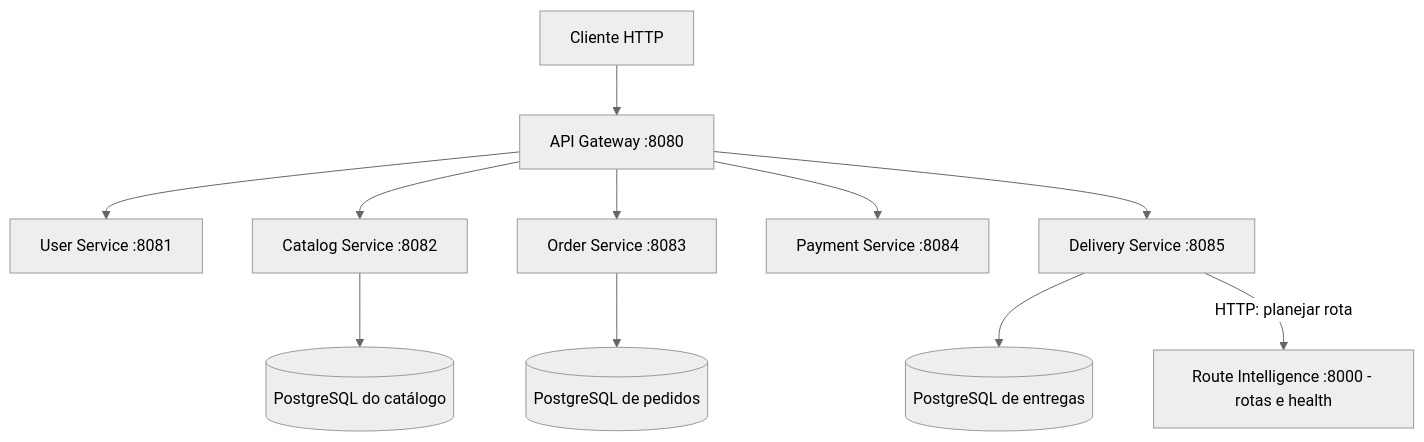
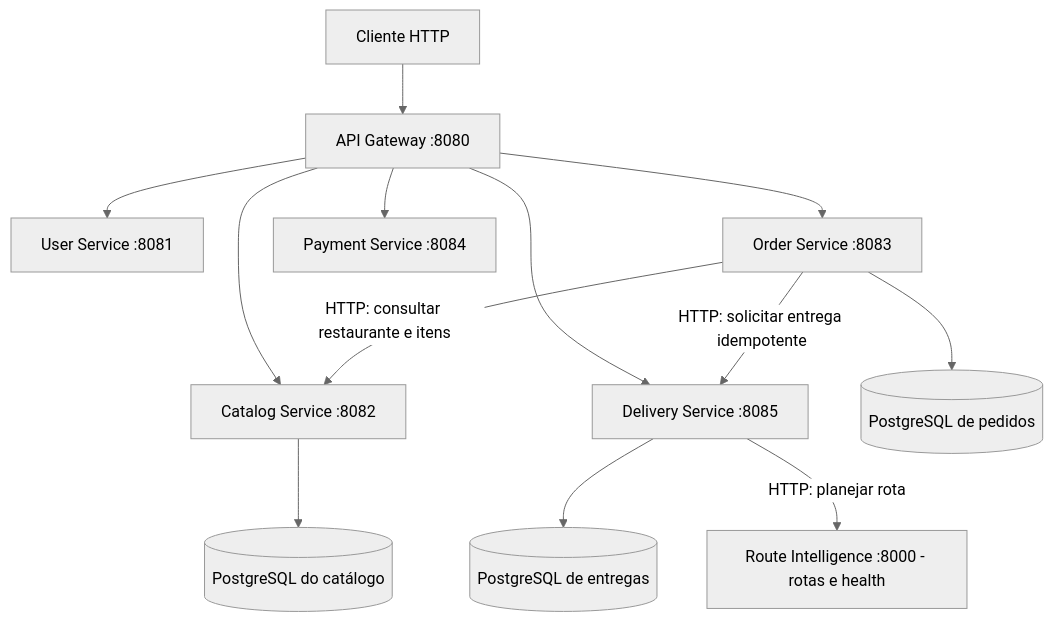
The first of 2 diagrams in docs/architecture.md (victhor-santos/ai-delivery-platform), drawn with Mermaid (neutral theme) before and after one commit. The commit also changed other lines of this file and 42 other files, not shown here.

````diff
--- a/docs/architecture.md
+++ b/docs/architecture.md
@@ -13,13 +13,15 @@
 ```mermaid
 flowchart TD
     Client[Cliente HTTP] --> Gateway[API Gateway :8080]
     Gateway --> Users[User Service :8081]
     Gateway --> Catalog[Catalog Service :8082]
     Gateway --> Orders[Order Service :8083]
     Gateway --> Payments[Payment Service :8084]
     Gateway --> Deliveries[Delivery Service :8085]
     Catalog --> CatalogDB[(PostgreSQL do catálogo)]
     Orders --> OrderDB[(PostgreSQL de pedidos)]
+    Orders -->|HTTP: consultar restaurante e itens| Catalog
+    Orders -->|HTTP: solicitar entrega idempotente| Deliveries
     Deliveries --> DeliveryDB[(PostgreSQL de entregas)]
     Deliveries -->|HTTP: planejar rota| Routes[Route Intelligence :8000 - rotas e health]
 ```
````
